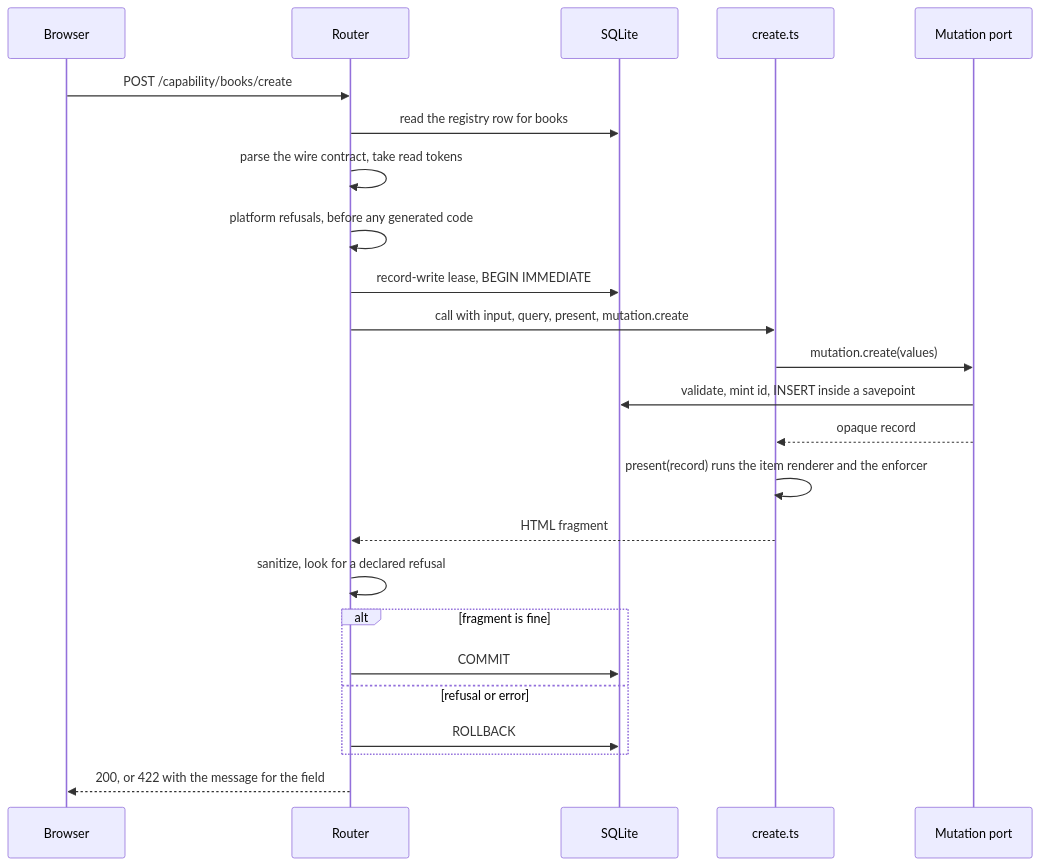
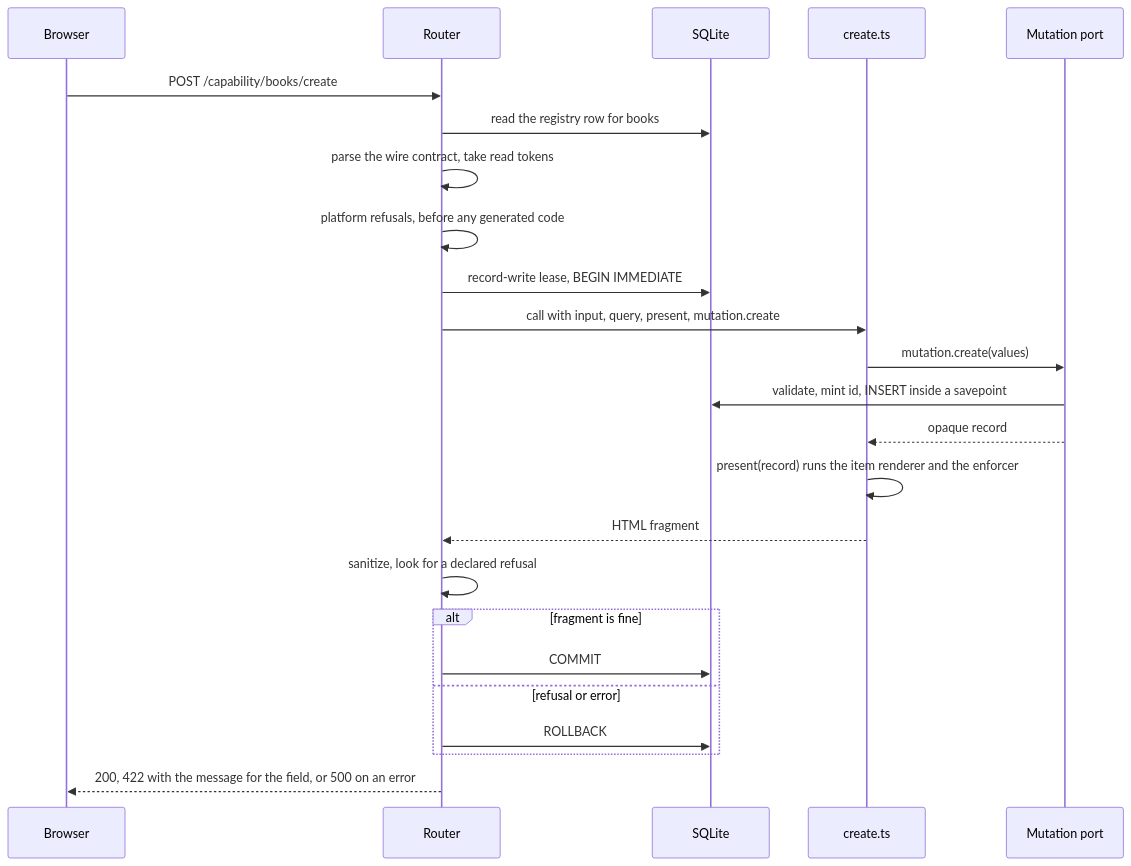
Before and after one commit to jcospina/aluna: the eighth of 17 diagrams in docs/architecture.md, drawn with Mermaid. The commit also changed other lines of this file and 168 other files, not shown here.

````diff
--- a/docs/architecture.md
+++ b/docs/architecture.md
@@ -518,26 +521,26 @@
 ```mermaid
 sequenceDiagram
     participant B as Browser
     participant R as Router
     participant DB as SQLite
     participant H as create.ts
     participant P as Mutation port
     B->>R: POST /capability/books/create
     R->>DB: read the registry row for books
     R->>R: parse the wire contract, take read tokens
     R->>R: platform refusals, before any generated code
     R->>DB: record-write lease, BEGIN IMMEDIATE
     R->>H: call with input, query, present, mutation.create
     H->>P: mutation.create(values)
     P->>DB: validate, mint id, INSERT inside a savepoint
     P-->>H: opaque record
     H->>H: present(record) runs the item renderer and the enforcer
     H-->>R: HTML fragment
     R->>R: sanitize, look for a declared refusal
     alt fragment is fine
         R->>DB: COMMIT
     else refusal or error
         R->>DB: ROLLBACK
     end
-    R-->>B: 200, or 422 with the message for the field
+    R-->>B: 200, 422 with the message for the field, or 500 on an error
 ```
````
